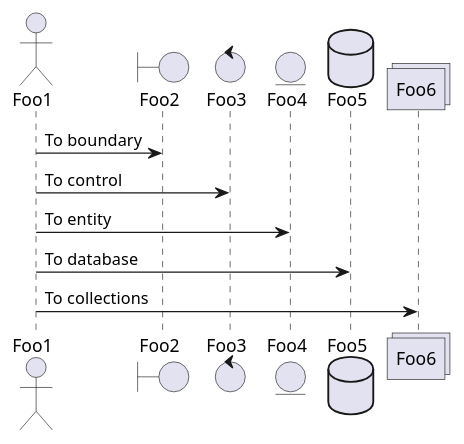
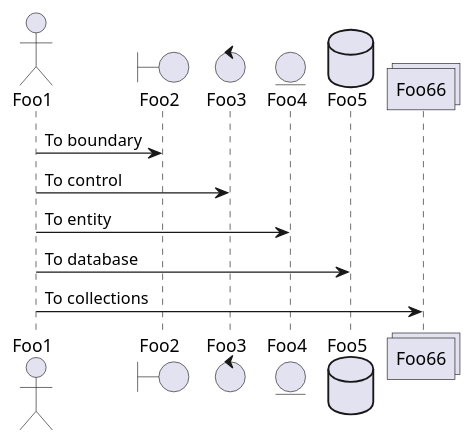
Before and after one commit to lrosenthol/actionTest: the diagram in test.puml, drawn with PlantUML.

Commit message:
just a PUML

```diff
--- a/test.puml
+++ b/test.puml
@@ -1,13 +1,13 @@
 @startuml
 actor Foo1
 boundary Foo2
 control Foo3
 entity Foo4
 database Foo5
-collections Foo6
+collections Foo66
 Foo1 -> Foo2 : To boundary
 Foo1 -> Foo3 : To control
 Foo1 -> Foo4 : To entity
 Foo1 -> Foo5 : To database
-Foo1 -> Foo6 : To collections
+Foo1 -> Foo66 : To collections
 @enduml
```
